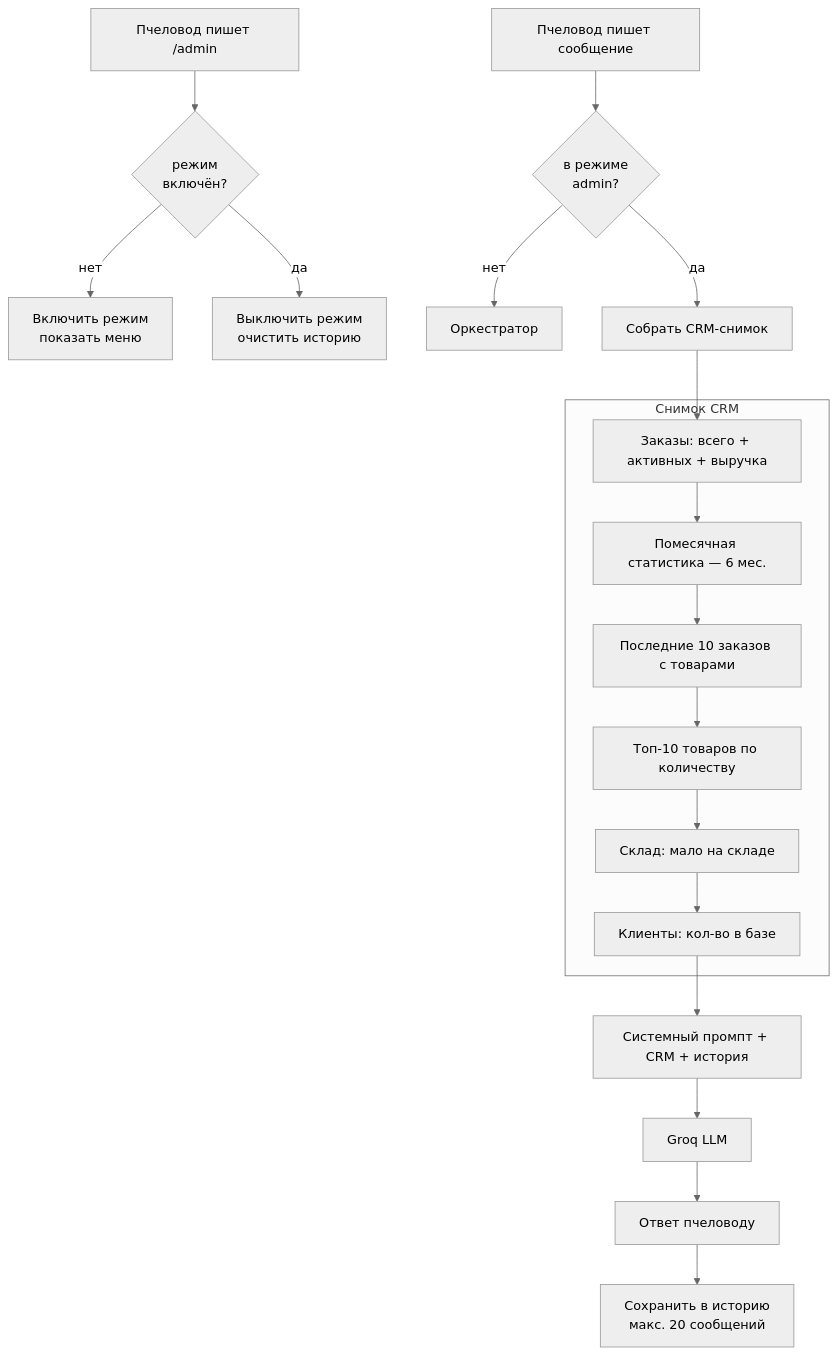
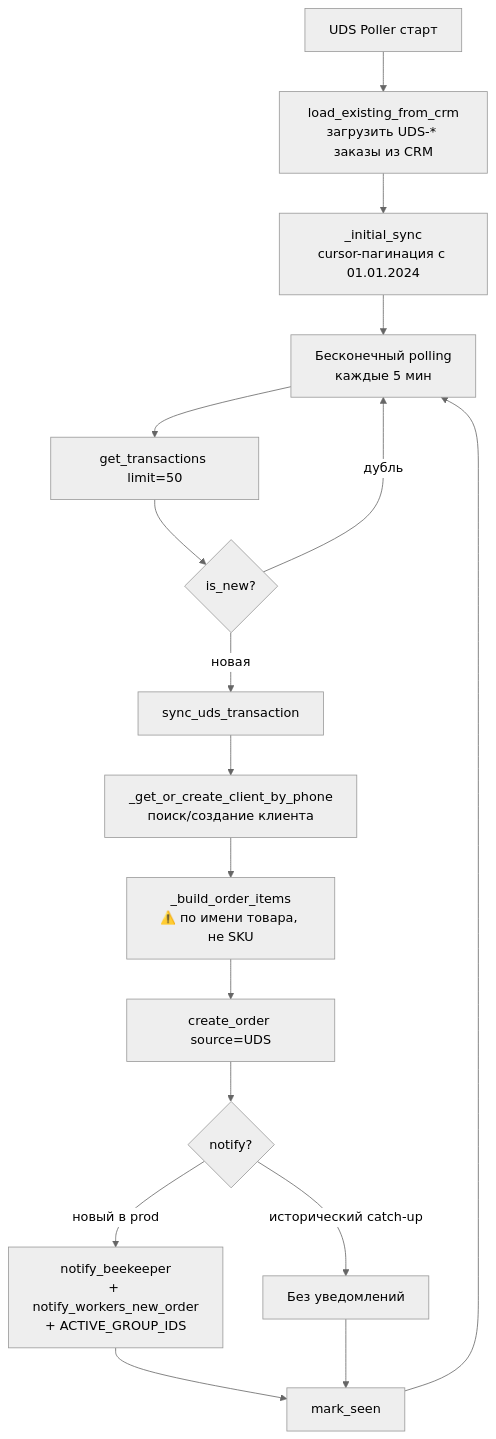
The fourth of 8 diagrams in docs/architecture.md (unidel2035/BEEBOT), drawn with Mermaid (neutral theme) before and after one commit. The commit also changed other lines of this file and 10 other files, not shown here.

````diff
--- a/docs/architecture.md
+++ b/docs/architecture.md
@@ -300,31 +207,23 @@
 ```mermaid
 flowchart TD
-    ADMIN[Пчеловод пишет /admin] --> TOGGLE{режим<br/>включён?}
-    TOGGLE -->|нет| ON[Включить режим<br/>показать меню]
-    TOGGLE -->|да| OFF[Выключить режим<br/>очистить историю]
+    A[UDS Poller старт] --> B[load_existing_from_crm<br/>загрузить UDS-* заказы из CRM]
+    B --> C[_initial_sync<br/>cursor-пагинация с 01.01.2024]
+    C --> D[Бесконечный polling<br/>каждые 5 мин]
 
-    ADMIN2[Пчеловод пишет сообщение] --> CHECK{в режиме<br/>admin?}
-    CHECK -->|нет| ORCH2[Оркестратор]
-    CHECK -->|да| CRM_SNAP[Собрать CRM-снимок]
+    D --> E[get_transactions limit=50]
+    E --> F{is_new?}
+    F -->|дубль| D
+    F -->|новая| G[sync_uds_transaction]
 
-    subgraph Снимок CRM
-        S1[Заказы: всего + активных + выручка]
-        S2[Помесячная статистика — 6 мес.]
-        S3[Последние 10 заказов с товарами]
-        S4[Топ-10 товаров по количеству]
-        S5[Склад: мало на складе]
-        S6[Клиенты: кол-во в базе]
-    end
+    G --> H[_get_or_create_client_by_phone<br/>поиск/создание клиента]
+    H --> I[_build_order_items<br/>⚠️ по имени товара, не SKU]
+    I --> J[create_order source=UDS]
+    J --> K{notify?}
 
-    CRM_SNAP --> S1
-    S1 --> S2
-    S2 --> S3
-    S3 --> S4
-    S4 --> S5
-    S5 --> S6
+    K -->|исторический catch-up| L[Без уведомлений]
+    K -->|новый в prod| M[notify_beekeeper<br/>+ notify_workers_new_order<br/>+ ACTIVE_GROUP_IDS]
 
-    S6 --> PROMPT[Системный промпт + CRM + история]
-    PROMPT --> GROQ[Groq LLM]
-    GROQ --> REPLY[Ответ пчеловоду]
-    REPLY --> HIST[Сохранить в историю<br/>макс. 20 сообщений]
+    M --> N[mark_seen]
+    L --> N
+    N --> D
 ```
````
